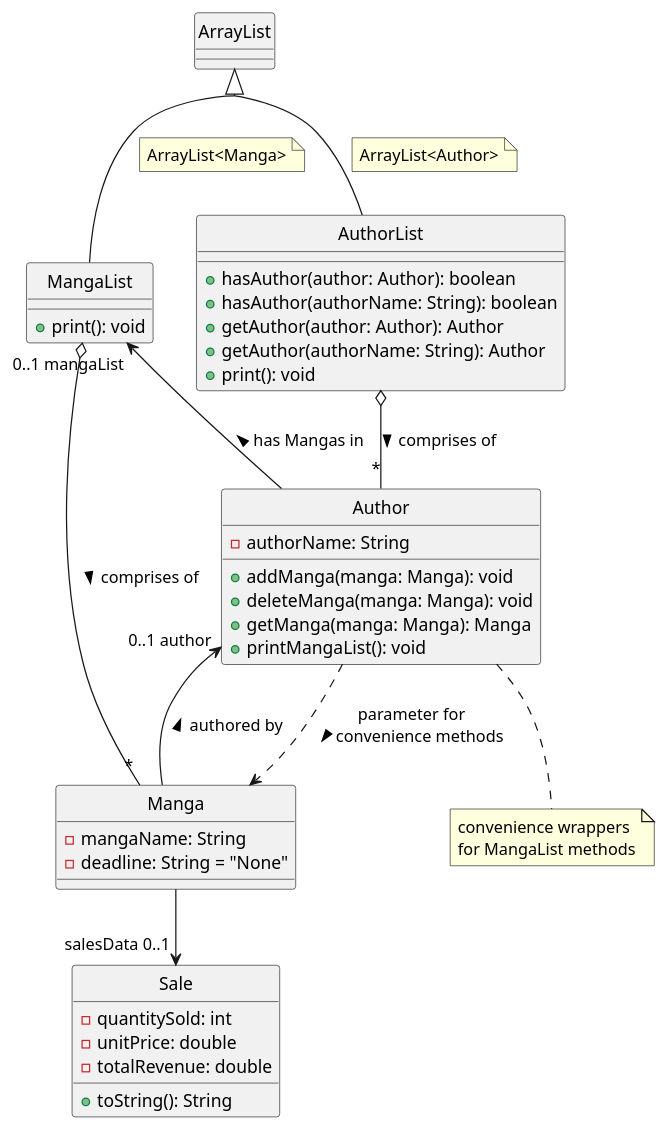
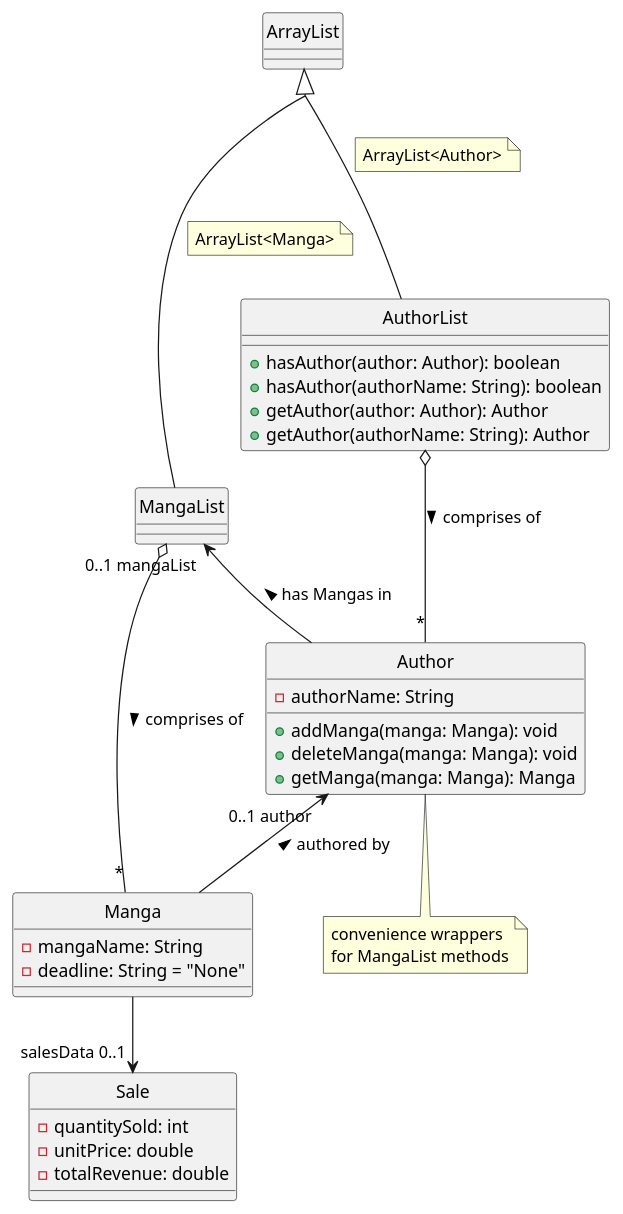
Before and after one commit to xenthm/tp: the diagram in docs/uml/AuthorList.puml, drawn with PlantUML. The commit also changed 2 other files, not shown here.

```diff
--- a/docs/uml/AuthorList.puml
+++ b/docs/uml/AuthorList.puml
@@ -1,50 +1,47 @@
 @startuml
 hide circle
 skinparam groupInheritance 2
 
 class AuthorList {
     + hasAuthor(author: Author): boolean
     + hasAuthor(authorName: String): boolean
     + getAuthor(author: Author): Author
     + getAuthor(authorName: String): Author
-    + print(): void
 }
 
 class ArrayList
 ArrayList <|-- AuthorList
 note on link : ArrayList<Author>
-ArrayList <|-- MangaList
+ArrayList <|--- MangaList
 note on link : ArrayList<Manga>
 
 class Author {
     - authorName: String
     + addManga(manga: Manga): void
     + deleteManga(manga: Manga): void
     + getManga(manga: Manga): Manga
-    + printMangaList(): void
 }
 Author "*" -up-o AuthorList : < comprises of
 note bottom of Author : convenience wrappers\nfor MangaList methods
 
 class Manga {
     - mangaName: String
     - deadline: String = "None"
 }
 Author "0..1 author" <-- Manga : < authored by
-Author ..> Manga : parameter for\nconvenience methods >
+'Author ..> Manga : parameter for\nconvenience methods >
 
 class MangaList {
-    + print(): void
 }
-Manga "*" -up-o MangaList : < comprises of
-Author -u-> "0..1 mangaList" MangaList : > has Mangas in
+Manga "*" -left-o MangaList : < comprises of
+'Author -u-> "0..1 mangaList" MangaList : > has Mangas in
+MangaList "0..1 mangaList" <-- Author : < has Mangas in
 
 class Sale {
     - quantitySold: int
     - unitPrice: double
     - totalRevenue: double
-    + toString(): String
 }
 Manga --> "salesData 0..1" Sale
 
 @enduml
```
